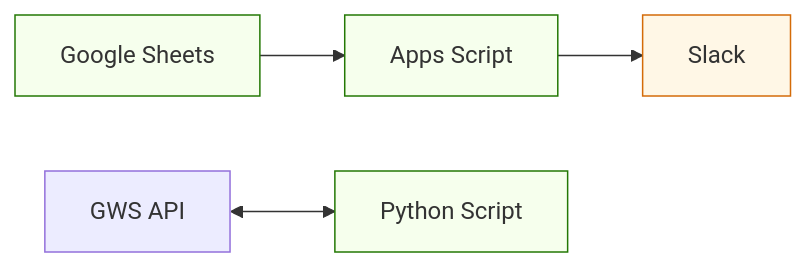
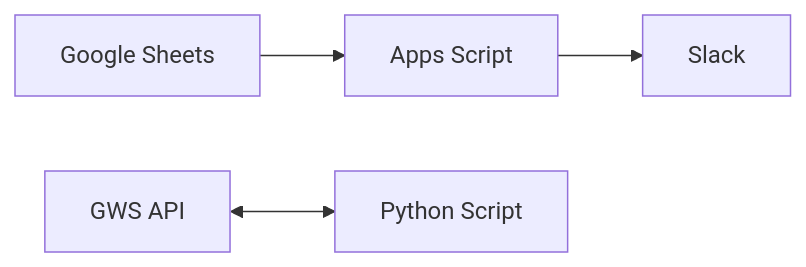
The second of 3 diagrams in 00_README.md (conti0513/development_public), drawn with Mermaid before and after one commit. The commit also changed other lines of this file, not shown here.

````diff
--- a/00_README.md
+++ b/00_README.md
@@ -31,11 +49,5 @@
 ```mermaid
 graph LR
     SS[Google Sheets] --> GAS[Apps Script] --> SL[Slack]
     GWS[GWS API] <--> Py[Python Script]
-    
-    style SS fill:#f6ffed,stroke:#237804,stroke-width:1px
-    style GAS fill:#f6ffed,stroke:#237804,stroke-width:1px
-    style Py fill:#f6ffed,stroke:#237804,stroke-width:1px
-    style SL fill:#fff7e6,stroke:#d46b08,stroke-width:1px
-
 ```
````
